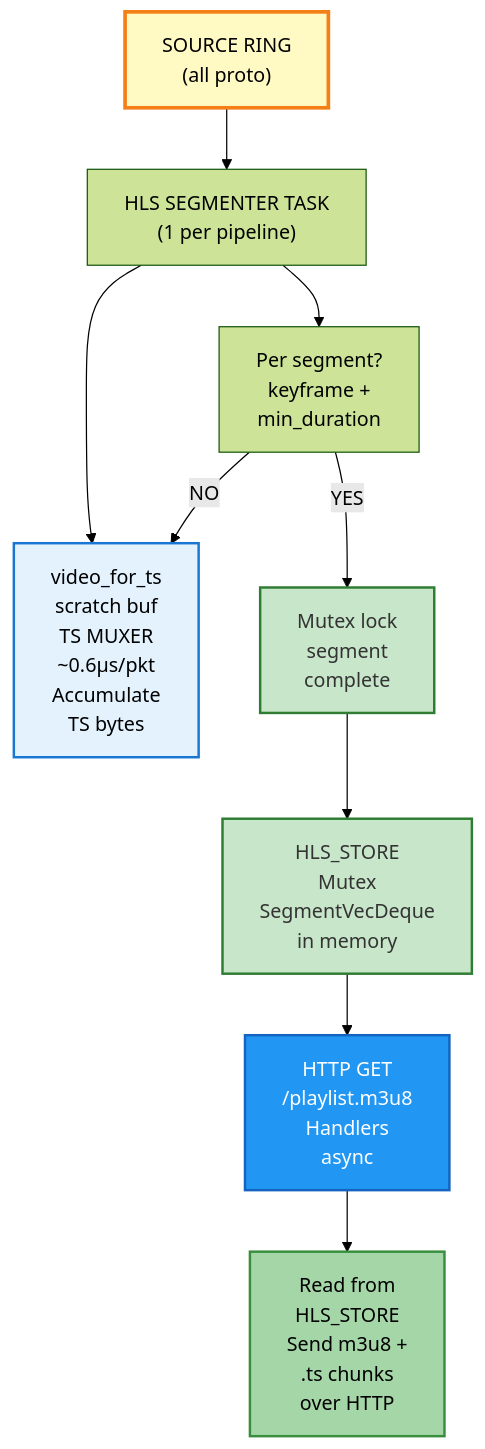
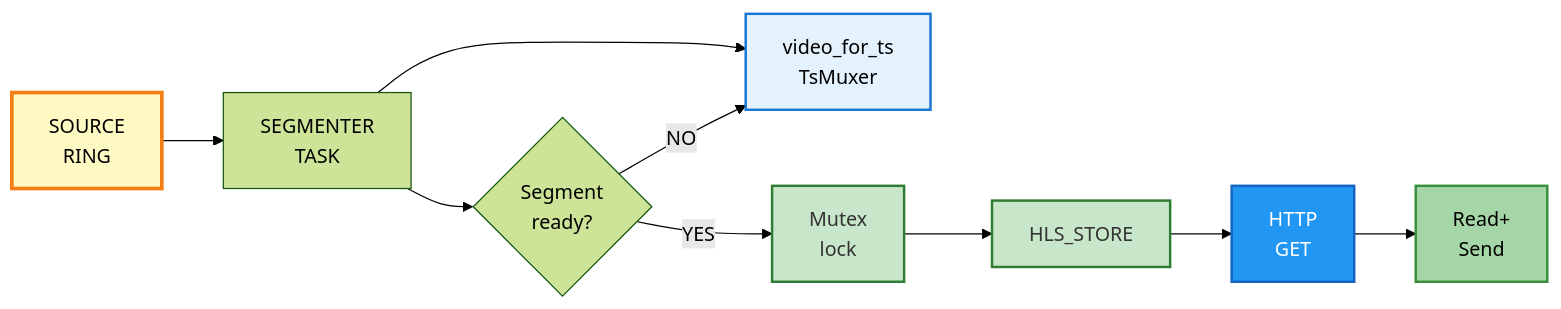
Diagram 18 of 24 in docs/run-to-completion-analysis.md (live-miracles/restream), drawn with Mermaid (forest theme) before and after one commit. The commit also changed other lines of this file, not shown here.

First line of the commit message:
Restructure diagrams to use horizontal layout for vertical space efficiency

````diff
--- a/docs/run-to-completion-analysis.md
+++ b/docs/run-to-completion-analysis.md
@@ -836,31 +670,14 @@
 ```mermaid
-graph TD
-    A["SOURCE RING<br/>(all proto)"]
-    B["HLS SEGMENTER TASK<br/>(1 per pipeline)"]
-    
-    C["video_for_ts<br/>scratch buf<br/>TS MUXER<br/>~0.6µs/pkt<br/>Accumulate<br/>TS bytes"]
-    
-    D["Per segment?<br/>keyframe +<br/>min_duration"]
-    
-    E["Mutex lock<br/>segment<br/>complete"]
-    
-    F["HLS_STORE<br/>Mutex<br/>SegmentVecDeque<br/>in memory"]
-    
-    G["HTTP GET<br/>/playlist.m3u8<br/>Handlers<br/>async"]
-    
-    H["Read from<br/>HLS_STORE<br/>Send m3u8 +<br/>.ts chunks<br/>over HTTP"]
-    
-    A --> B
-    B --> C
-    B --> D
-    D -->|YES| E --> F
+graph LR
+    A["SOURCE<br/>RING"] --> B["SEGMENTER<br/>TASK"] --> C["video_for_ts<br/>TsMuxer"]
+    B --> D{"Segment<br/>ready?"}
+    D -->|YES| E["Mutex<br/>lock"] --> F["HLS_STORE"] --> G["HTTP<br/>GET"] --> H["Read+<br/>Send"]
     D -->|NO| C
-    F --> G --> H
     
     style A fill:#fff9c4,stroke:#f57f17,stroke-width:3px,color:#000
     style C fill:#e3f2fd,stroke:#1976d2,stroke-width:2px,color:#000
     style E fill:#c8e6c9,stroke:#2e7d32,stroke-width:2px,color:#333
     style F fill:#c8e6c9,stroke:#2e7d32,stroke-width:2px,color:#333
     style G fill:#2196f3,stroke:#1565c0,stroke-width:2px,color:#fff
     style H fill:#a5d6a7,stroke:#388e3c,stroke-width:2px,color:#000
 ```
````
